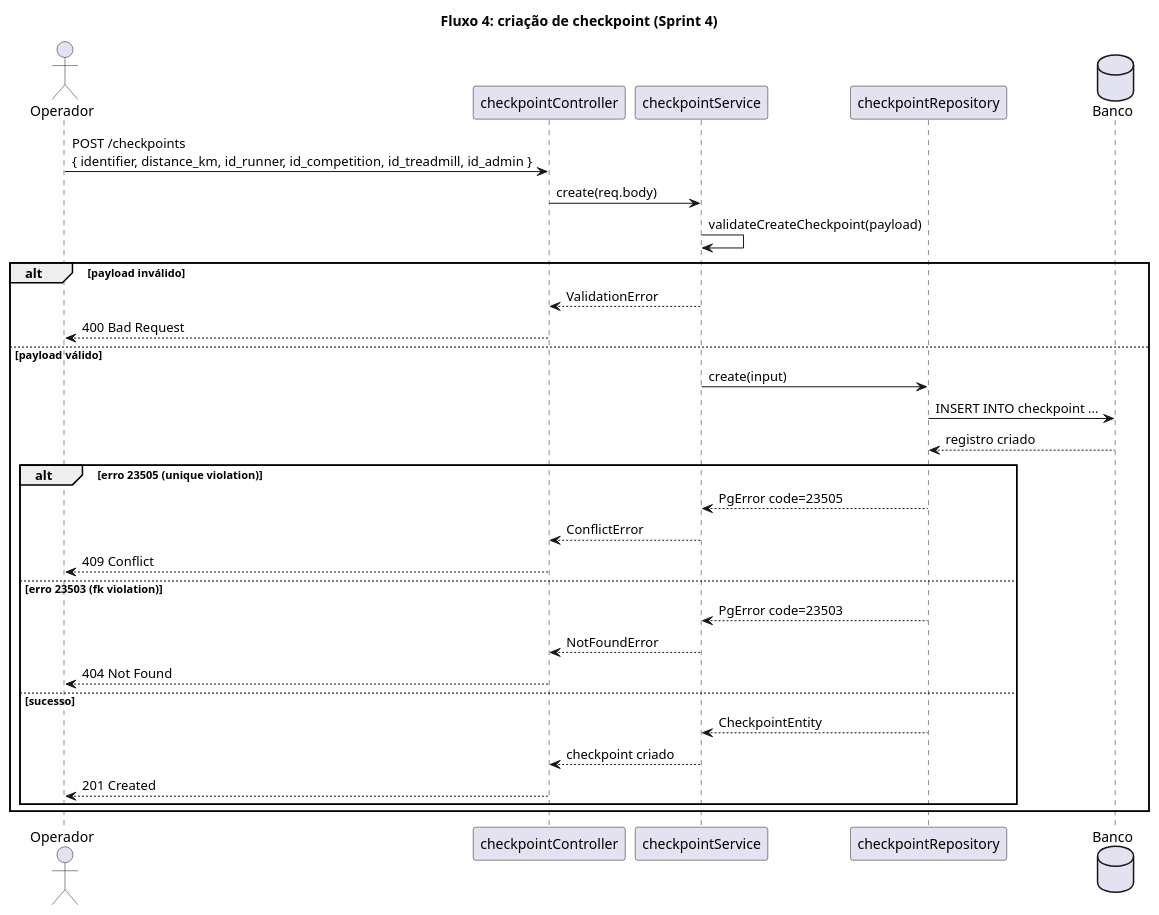
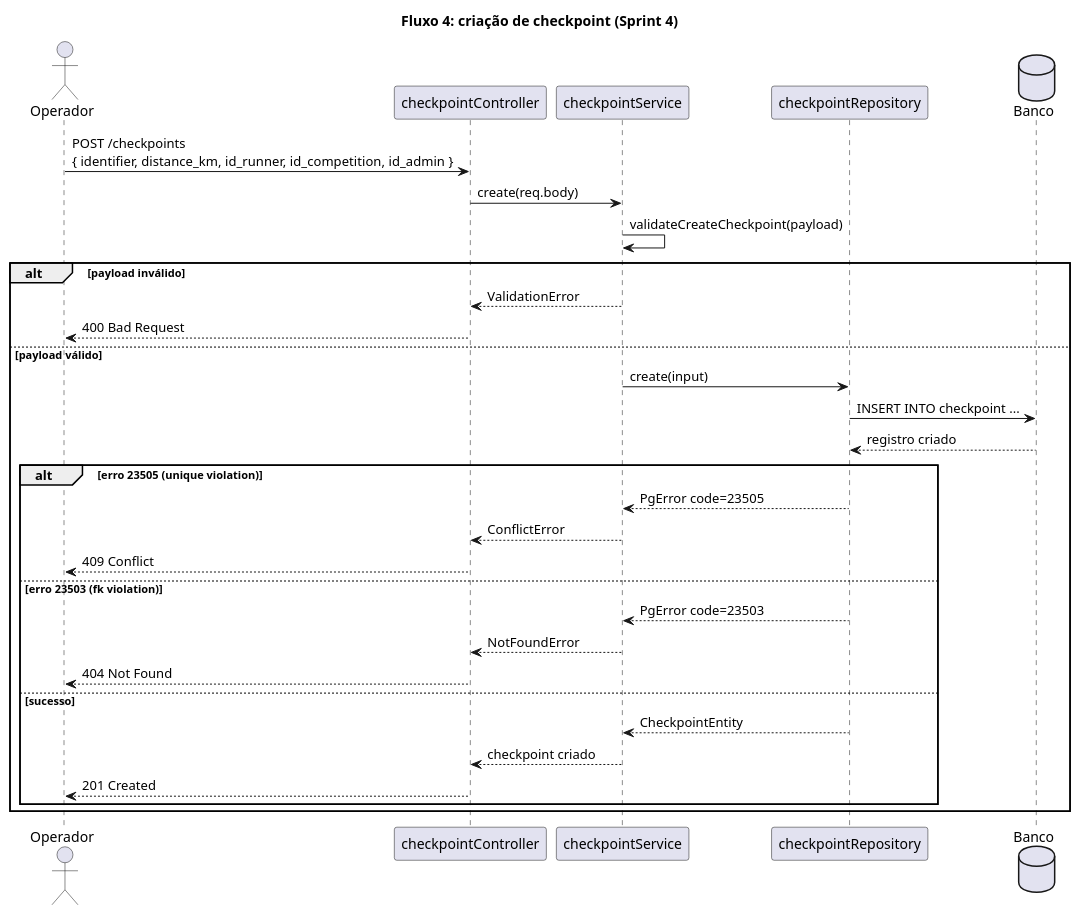
The fourth of 4 diagrams in documentos/outros/diagramas-sequencia-puml.md (Julia-Khristina/RedBull), drawn with PlantUML before and after one commit.

Commit message:
fix(docs): remove id_treadmill do diagrama de sequencia
Atualiza diagramas-sequencia-puml.md removendo o campo id_treadmill
do payload de criacao de checkpoint, alinhando a documentacao
com o modelo de dados atual.

````diff
--- a/documentos/outros/diagramas-sequencia-puml.md
+++ b/documentos/outros/diagramas-sequencia-puml.md
@@ -147,40 +147,40 @@
 ```puml
 @startuml
 
 title Fluxo 4: criação de checkpoint (Sprint 4)
 
 actor Operador
 participant checkpointController
 participant checkpointService
 participant checkpointRepository
 database Banco
 
-Operador -> checkpointController : POST /checkpoints\n{ identifier, distance_km, id_runner, id_competition, id_treadmill, id_admin }
+Operador -> checkpointController : POST /checkpoints\n{ identifier, distance_km, id_runner, id_competition, id_admin }
 checkpointController -> checkpointService : create(req.body)
 checkpointService -> checkpointService : validateCreateCheckpoint(payload)
 
 alt payload inválido
 checkpointService --> checkpointController : ValidationError
 checkpointController --> Operador : 400 Bad Request
 else payload válido
 checkpointService -> checkpointRepository : create(input)
 checkpointRepository -> Banco : INSERT INTO checkpoint ...
 Banco --> checkpointRepository : registro criado
 
 alt erro 23505 (unique violation)
 checkpointRepository --> checkpointService : PgError code=23505
 checkpointService --> checkpointController : ConflictError
 checkpointController --> Operador : 409 Conflict
 else erro 23503 (fk violation)
 checkpointRepository --> checkpointService : PgError code=23503
 checkpointService --> checkpointController : NotFoundError
 checkpointController --> Operador : 404 Not Found
 else sucesso
 checkpointRepository --> checkpointService : CheckpointEntity
 checkpointService --> checkpointController : checkpoint criado
 checkpointController --> Operador : 201 Created
 end
 end
 
 @enduml
 ```
````
